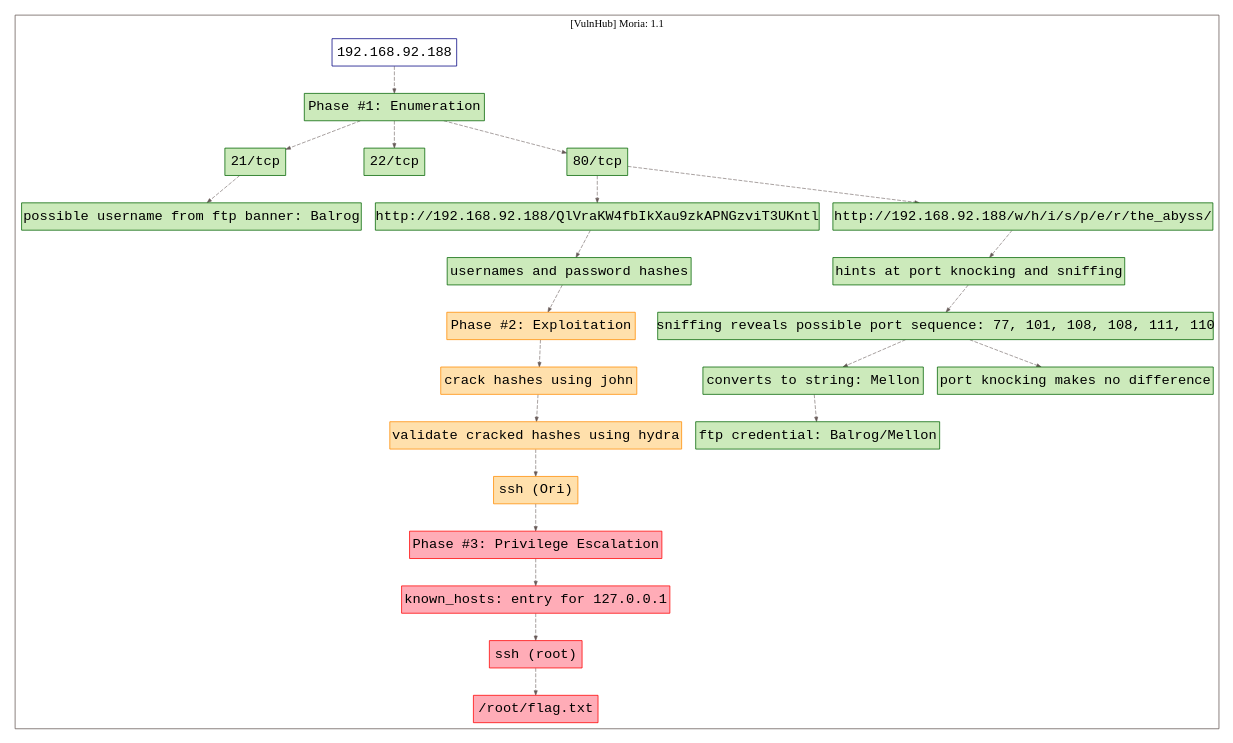
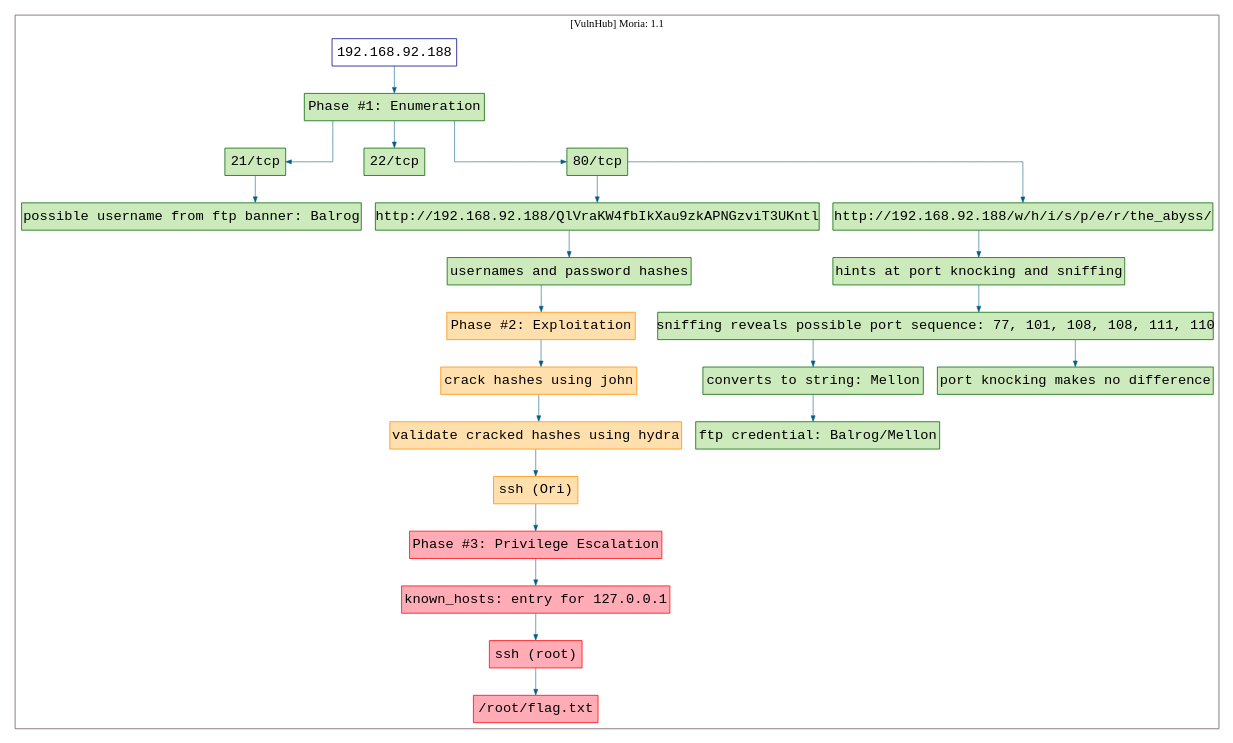
Before and after one commit to 7h3rAm/writeups: the diagram in vulnhub.moria11/killchain.dot, drawn with Graphviz. The commit also changed 112 other files, not shown here.

```diff
--- a/vulnhub.moria11/killchain.dot
+++ b/vulnhub.moria11/killchain.dot
@@ -1,56 +1,56 @@
 digraph G {
   #rankdir=LR;
-  nodesdictep=1.0; splines="line"; K=0.6; overlap=scale; fixedsize=true; resolution=72; bgcolor="#ffffff"; outputorder="edgesfirst";
+  nodesdictep=1.0; splines="ortho"; K=0.6; overlap=scale; fixedsize=true; resolution=72; bgcolor="#ffffff"; outputorder="edgesfirst";
   node [fontname="courier" fontsize=18 shape=box width=0.25 fillcolor="white" style="filled,solid"];
-  edge [style=dashed color="#665957" penwidth=0.75 arrowsize=0.6];
+  edge [style=solid color="#005f87" penwidth=0.75 arrowsize=0.75];
 
   0[label="192.168.92.188" color="navyblue" fillcolor="#ffffff" tooltip="[VulnHub] Moria: 1.1"];
   10[label="converts to string: Mellon" color="darkgreen" fillcolor="#cceabb" tooltip="Phase #1:Enumeration"];
   11[label="ftp credential: Balrog/Mellon" color="darkgreen" fillcolor="#cceabb" tooltip="Phase #1:Enumeration"];
   12[label="http://192.168.92.188/QlVraKW4fbIkXau9zkAPNGzviT3UKntl" color="darkgreen" fillcolor="#cceabb" tooltip="Phase #1:Enumeration"];
   13[label="usernames and password hashes" color="darkgreen" fillcolor="#cceabb" tooltip="Phase #1:Enumeration"];
   14[label="Phase #2: Exploitation" color="darkorange" fillcolor="#ffe0ac" tooltip="Phase #2:Exploitation"];
   15[label="crack hashes using john" color="darkorange" fillcolor="#ffe0ac" tooltip="Phase #2:Exploitation"];
   16[label="validate cracked hashes using hydra" color="darkorange" fillcolor="#ffe0ac" tooltip="Phase #2:Exploitation"];
   17[label="ssh (Ori)" color="darkorange" fillcolor="#ffe0ac" tooltip="Phase #2:Exploitation"];
   18[label="Phase #3: Privilege Escalation" color="red" fillcolor="#ffacb7" tooltip="Phase #3:Privilege Escalation"];
   19[label="known_hosts: entry for 127.0.0.1" color="red" fillcolor="#ffacb7" tooltip="Phase #3:Privilege Escalation"];
   1[label="Phase #1: Enumeration" color="darkgreen" fillcolor="#cceabb" tooltip="Phase #1:Enumeration"];
   20[label="ssh (root)" color="red" fillcolor="#ffacb7" tooltip="Phase #3:Privilege Escalation"];
   21[label="/root/flag.txt" color="red" fillcolor="#ffacb7" tooltip="Phase #3:Privilege Escalation"];
   2[label="21/tcp" color="darkgreen" fillcolor="#cceabb" tooltip="Phase #1:Enumeration"];
   3[label="possible username from ftp banner: Balrog" color="darkgreen" fillcolor="#cceabb" tooltip="Phase #1:Enumeration"];
   4[label="22/tcp" color="darkgreen" fillcolor="#cceabb" tooltip="Phase #1:Enumeration"];
   5[label="80/tcp" color="darkgreen" fillcolor="#cceabb" tooltip="Phase #1:Enumeration"];
   6[label="http://192.168.92.188/w/h/i/s/p/e/r/the_abyss/" color="darkgreen" fillcolor="#cceabb" tooltip="Phase #1:Enumeration"];
   7[label="hints at port knocking and sniffing" color="darkgreen" fillcolor="#cceabb" tooltip="Phase #1:Enumeration"];
   8[label="sniffing reveals possible port sequence: 77, 101, 108, 108, 111, 110" color="darkgreen" fillcolor="#cceabb" tooltip="Phase #1:Enumeration"];
   9[label="port knocking makes no difference" color="darkgreen" fillcolor="#cceabb" tooltip="Phase #1:Enumeration"];
 
   subgraph cluster_0 {
     node [style="filled,solid"];
     label = "[VulnHub] Moria: 1.1";
     color = "#665957";
-    0 -> 1 [color="#665957"];
-    1 -> 2 [color="#665957"];
-    1 -> 4 [color="#665957"];
-    1 -> 5 [color="#665957"];
-    10 -> 11 [color="#665957"];
-    12 -> 13 [color="#665957"];
-    13 -> 14 [color="#665957"];
-    14 -> 15 [color="#665957"];
-    15 -> 16 [color="#665957"];
-    16 -> 17 [color="#665957"];
-    17 -> 18 [color="#665957"];
-    18 -> 19 [color="#665957"];
-    19 -> 20 [color="#665957"];
-    2 -> 3 [color="#665957"];
-    20 -> 21 [color="#665957"];
-    5 -> 12 [color="#665957"];
-    5 -> 6 [color="#665957"];
-    6 -> 7 [color="#665957"];
-    7 -> 8 [color="#665957"];
-    8 -> 10 [color="#665957"];
-    8 -> 9 [color="#665957"];
+    0 -> 1 [color="#005f87"];
+    1 -> 2 [color="#005f87"];
+    1 -> 4 [color="#005f87"];
+    1 -> 5 [color="#005f87"];
+    10 -> 11 [color="#005f87"];
+    12 -> 13 [color="#005f87"];
+    13 -> 14 [color="#005f87"];
+    14 -> 15 [color="#005f87"];
+    15 -> 16 [color="#005f87"];
+    16 -> 17 [color="#005f87"];
+    17 -> 18 [color="#005f87"];
+    18 -> 19 [color="#005f87"];
+    19 -> 20 [color="#005f87"];
+    2 -> 3 [color="#005f87"];
+    20 -> 21 [color="#005f87"];
+    5 -> 12 [color="#005f87"];
+    5 -> 6 [color="#005f87"];
+    6 -> 7 [color="#005f87"];
+    7 -> 8 [color="#005f87"];
+    8 -> 10 [color="#005f87"];
+    8 -> 9 [color="#005f87"];
   }
 }
```
